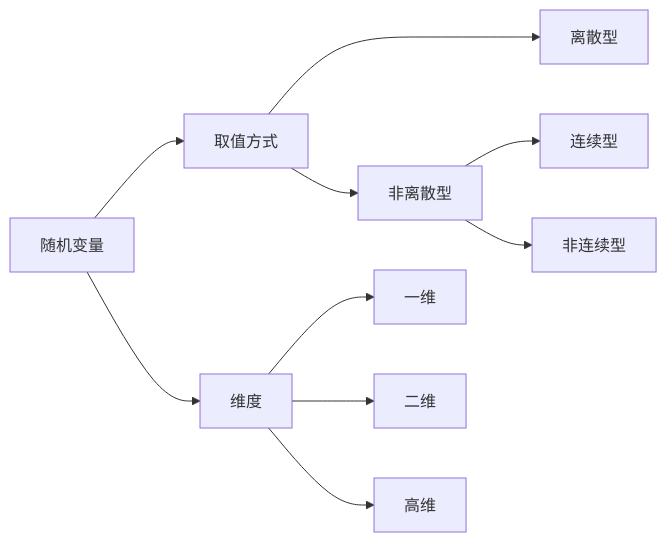
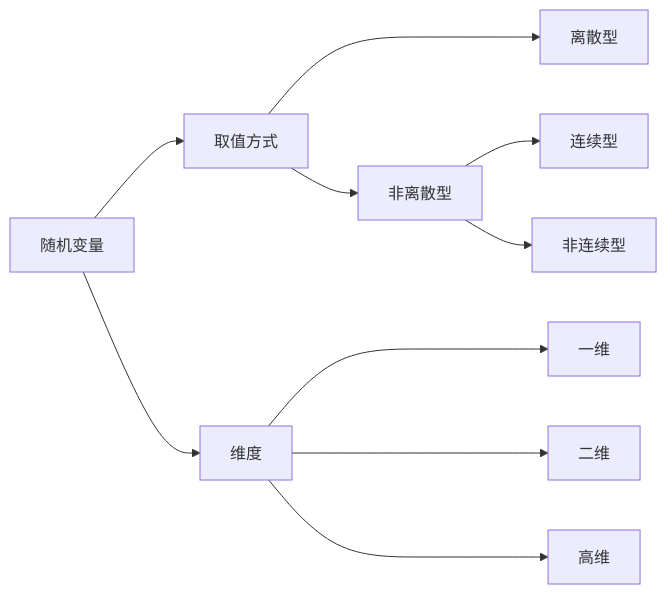
The diagram in src/site/notes/随机变量.md (UNLINEARITY/Learn-Everything), drawn with Mermaid before and after one commit. The commit also changed other lines of this file, not shown here.

````diff
--- a/src/site/notes/随机变量.md
+++ b/src/site/notes/随机变量.md
@@ -18,8 +16,8 @@
 ```mermaid
 graph LR
 随机变量 --> 1[取值方式] & 2[维度]
 1 ---> 离散型 
 1--> 3[非离散型]
 3--> 连续型 & 非连续型
-2--> 一维 & 二维 & 高维
+2---> 一维 & 二维 & 高维
 ```
````
